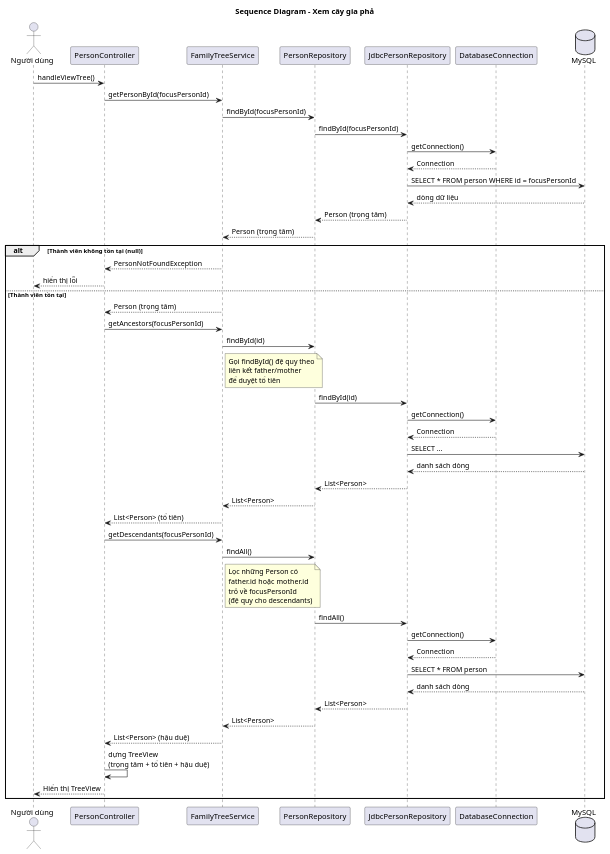
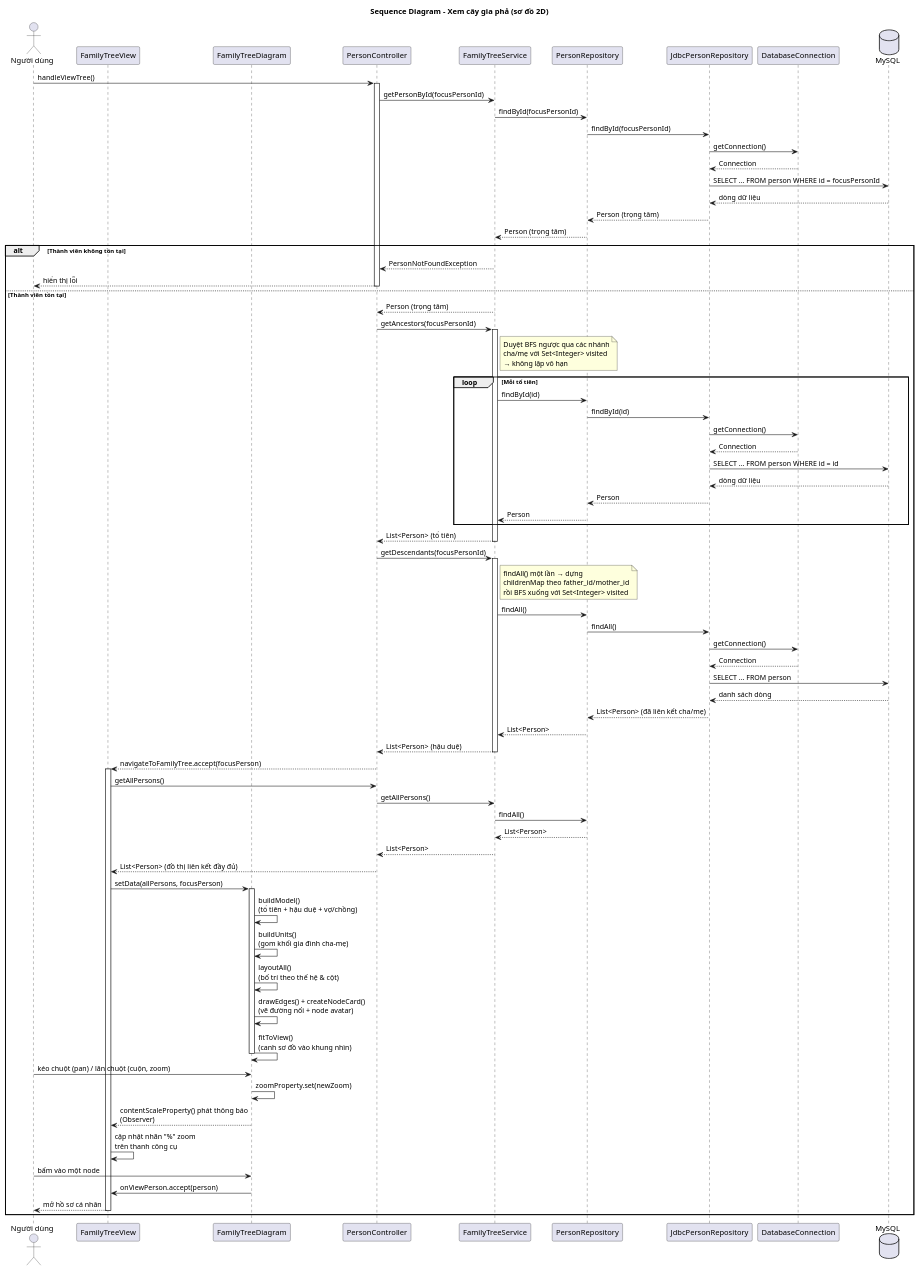
One commit to minhchien170704/do-an-gia-pha changed the diagram in docs/uml/sequence-family-tree.puml. Above: the diagram before and after it, drawn with PlantUML. The commit also changed 34 other files, not shown here.

```diff
--- a/docs/uml/sequence-family-tree.puml
+++ b/docs/uml/sequence-family-tree.puml
@@ -1,71 +1,104 @@
 @startuml sequence-family-tree
 
-title Sequence Diagram - Xem cây gia phả
+title Sequence Diagram - Xem cây gia phả (sơ đồ 2D)
 
 actor "Người dùng" as User
+participant "FamilyTreeView" as TreeView
+participant "FamilyTreeDiagram" as Diagram
 participant "PersonController" as Controller
 participant "FamilyTreeService" as Service
 participant "PersonRepository" as Repo
 participant "JdbcPersonRepository" as JdbcRepo
 participant "DatabaseConnection" as DBConn
 database "MySQL" as DB
 
 User -> Controller : handleViewTree()
+activate Controller
 
 Controller -> Service : getPersonById(focusPersonId)
 Service -> Repo : findById(focusPersonId)
 Repo -> JdbcRepo : findById(focusPersonId)
 JdbcRepo -> DBConn : getConnection()
 DBConn --> JdbcRepo : Connection
-JdbcRepo -> DB : SELECT * FROM person WHERE id = focusPersonId
+JdbcRepo -> DB : SELECT ... FROM person WHERE id = focusPersonId
 DB --> JdbcRepo : dòng dữ liệu
 JdbcRepo --> Repo : Person (trọng tâm)
 Repo --> Service : Person (trọng tâm)
 
-alt Thành viên không tồn tại (null)
+alt Thành viên không tồn tại
     Service --> Controller : PersonNotFoundException
     Controller --> User : hiển thị lỗi
-
+    deactivate Controller
 else Thành viên tồn tại
-
     Service --> Controller : Person (trọng tâm)
 
     Controller -> Service : getAncestors(focusPersonId)
-    Service -> Repo : findById(id)
+    activate Service
     note right of Service
-      Gọi findById() đệ quy theo
-      liên kết father/mother
-      để duyệt tổ tiên
+      Duyệt BFS ngược qua các nhánh
+      cha/mẹ với Set<Integer> visited
+      → không lặp vô hạn
     end note
-    Repo -> JdbcRepo : findById(id)
-    JdbcRepo -> DBConn : getConnection()
-    DBConn --> JdbcRepo : Connection
-    JdbcRepo -> DB : SELECT ...
-    DB --> JdbcRepo : danh sách dòng
-    JdbcRepo --> Repo : List<Person>
-    Repo --> Service : List<Person>
+    loop Mỗi tổ tiên
+        Service -> Repo : findById(id)
+        Repo -> JdbcRepo : findById(id)
+        JdbcRepo -> DBConn : getConnection()
+        DBConn --> JdbcRepo : Connection
+        JdbcRepo -> DB : SELECT ... FROM person WHERE id = id
+        DB --> JdbcRepo : dòng dữ liệu
+        JdbcRepo --> Repo : Person
+        Repo --> Service : Person
+    end
     Service --> Controller : List<Person> (tổ tiên)
+    deactivate Service
 
     Controller -> Service : getDescendants(focusPersonId)
+    activate Service
+    note right of Service
+      findAll() một lần → dựng
+      childrenMap theo father_id/mother_id
+      rồi BFS xuống với Set<Integer> visited
+    end note
     Service -> Repo : findAll()
-    note right of Service
-      Lọc những Person có
-      father.id hoặc mother.id
-      trỏ về focusPersonId
-      (đệ quy cho descendants)
-    end note
     Repo -> JdbcRepo : findAll()
     JdbcRepo -> DBConn : getConnection()
     DBConn --> JdbcRepo : Connection
-    JdbcRepo -> DB : SELECT * FROM person
+    JdbcRepo -> DB : SELECT ... FROM person
     DB --> JdbcRepo : danh sách dòng
-    JdbcRepo --> Repo : List<Person>
+    JdbcRepo --> Repo : List<Person> (đã liên kết cha/mẹ)
     Repo --> Service : List<Person>
     Service --> Controller : List<Person> (hậu duệ)
+    deactivate Service
 
-    Controller -> Controller : dựng TreeView\n(trọng tâm + tổ tiên + hậu duệ)
-    Controller --> User : Hiển thị TreeView
+    Controller --> TreeView : navigateToFamilyTree.accept(focusPerson)
+    deactivate Controller
 
+    activate TreeView
+    TreeView -> Controller : getAllPersons()
+    Controller -> Service : getAllPersons()
+    Service -> Repo : findAll()
+    Repo --> Service : List<Person>
+    Service --> Controller : List<Person>
+    Controller --> TreeView : List<Person> (đồ thị liên kết đầy đủ)
+
+    TreeView -> Diagram : setData(allPersons, focusPerson)
+    activate Diagram
+    Diagram -> Diagram : buildModel()\n(tổ tiên + hậu duệ + vợ/chồng)
+    Diagram -> Diagram : buildUnits()\n(gom khối gia đình cha–mẹ)
+    Diagram -> Diagram : layoutAll()\n(bố trí theo thế hệ & cột)
+    Diagram -> Diagram : drawEdges() + createNodeCard()\n(vẽ đường nối + node avatar)
+    Diagram -> Diagram : fitToView()\n(canh sơ đồ vào khung nhìn)
+    deactivate Diagram
+
+    User -> Diagram : kéo chuột (pan) / lăn chuột (cuộn, zoom)
+    Diagram -> Diagram : zoomProperty.set(newZoom)
+    Diagram --> TreeView : contentScaleProperty() phát thông báo\n(Observer)
+    TreeView -> TreeView : cập nhật nhãn "%" zoom\ntrên thanh công cụ
+
+    User -> Diagram : bấm vào một node
+    Diagram -> TreeView : onViewPerson.accept(person)
+    TreeView --> User : mở hồ sơ cá nhân
+    deactivate TreeView
 end
 
 @enduml
```
